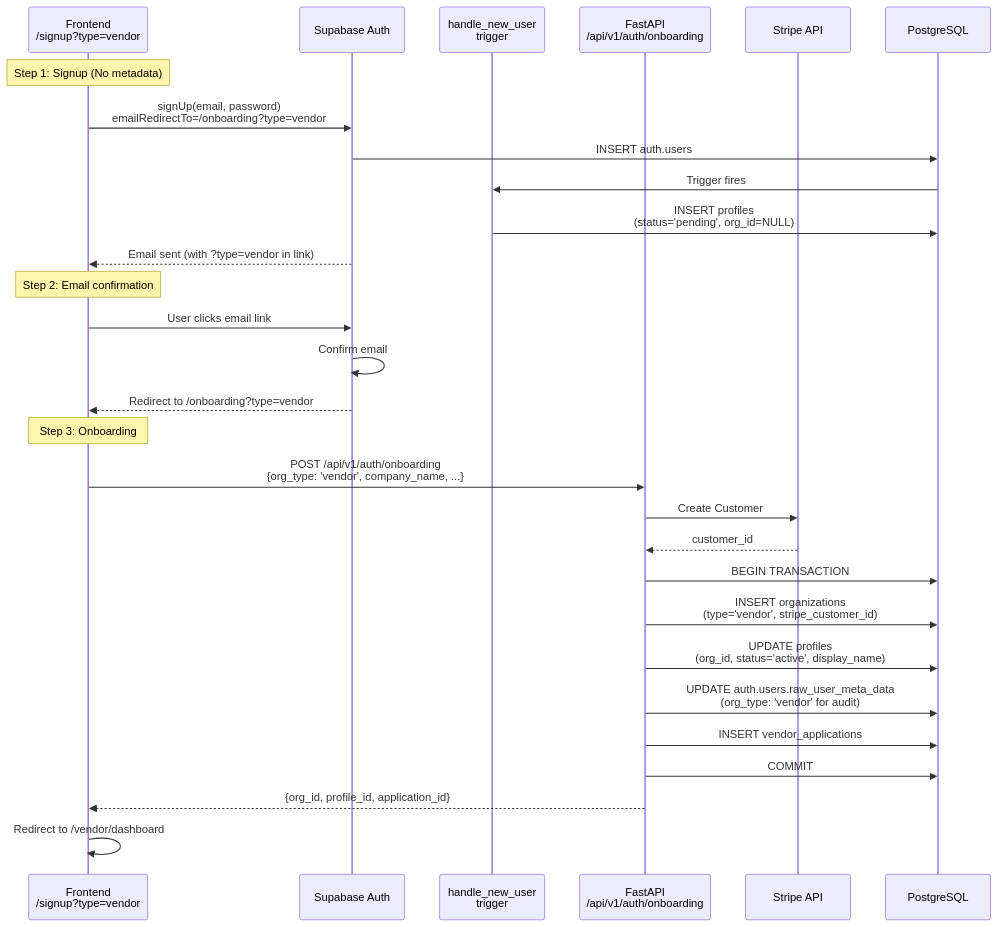
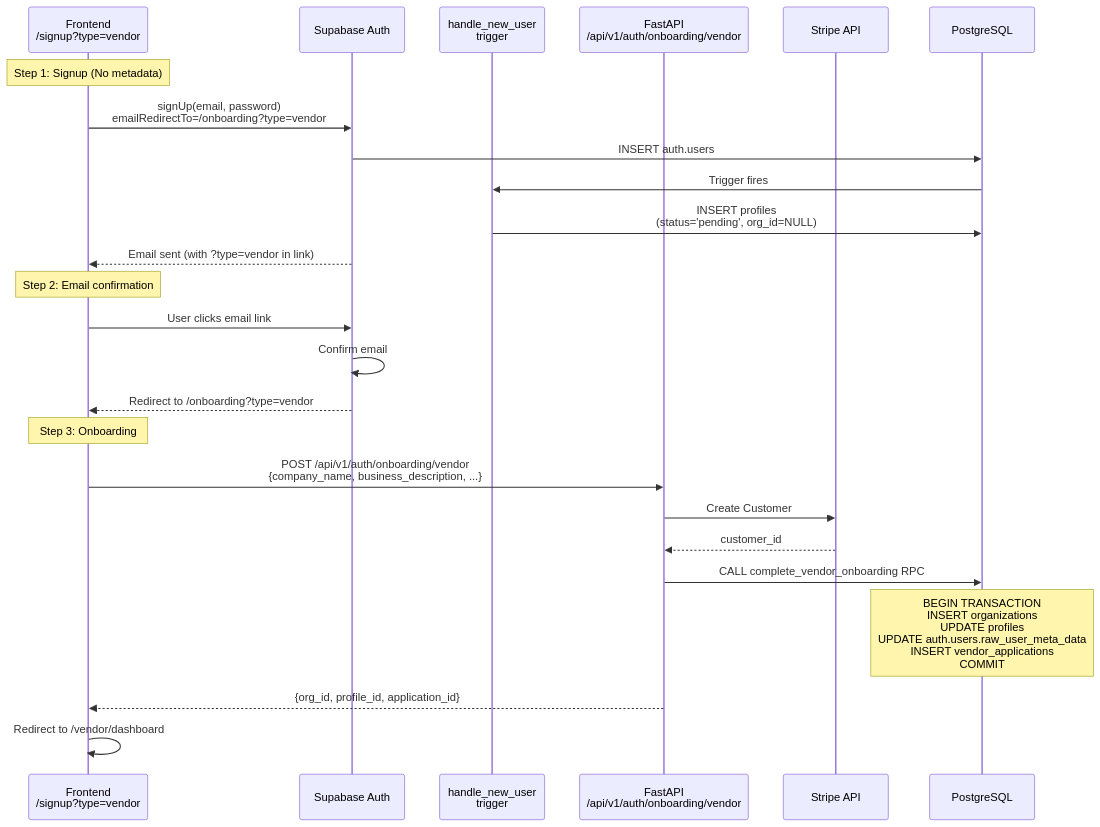
Before and after one commit to PhamDuBin/pep: the diagram in docs/tasks/01-02-backend-onboarding.md, drawn with Mermaid. The commit also changed other lines of this file and 1 other file, not shown here.

````diff
--- a/docs/tasks/01-02-backend-onboarding.md
+++ b/docs/tasks/01-02-backend-onboarding.md
@@ -27,36 +27,32 @@
 ```mermaid
 sequenceDiagram
     participant FE as Frontend<br/>/signup?type=vendor
     participant Auth as Supabase Auth
     participant Trigger as handle_new_user<br/>trigger
-    participant API as FastAPI<br/>/api/v1/auth/onboarding
+    participant API as FastAPI<br/>/api/v1/auth/onboarding/vendor
     participant Stripe as Stripe API
     participant DB as PostgreSQL
 
     Note over FE: Step 1: Signup (No metadata)
     FE->>Auth: signUp(email, password)<br/>emailRedirectTo=/onboarding?type=vendor
     Auth->>DB: INSERT auth.users
     DB->>Trigger: Trigger fires
     Trigger->>DB: INSERT profiles<br/>(status='pending', org_id=NULL)
     Auth-->>FE: Email sent (with ?type=vendor in link)
 
     Note over FE: Step 2: Email confirmation
     FE->>Auth: User clicks email link
     Auth->>Auth: Confirm email
     Auth-->>FE: Redirect to /onboarding?type=vendor
 
     Note over FE: Step 3: Onboarding
-    FE->>API: POST /api/v1/auth/onboarding<br/>{org_type: 'vendor', company_name, ...}
+    FE->>API: POST /api/v1/auth/onboarding/vendor<br/>{company_name, business_description, ...}
     API->>Stripe: Create Customer
     Stripe-->>API: customer_id
 
-    API->>DB: BEGIN TRANSACTION
-    API->>DB: INSERT organizations<br/>(type='vendor', stripe_customer_id)
-    API->>DB: UPDATE profiles<br/>(org_id, status='active', display_name)
-    API->>DB: UPDATE auth.users.raw_user_meta_data<br/>(org_type: 'vendor' for audit)
-    API->>DB: INSERT vendor_applications
-    API->>DB: COMMIT
+    API->>DB: CALL complete_vendor_onboarding RPC
+    Note over DB: BEGIN TRANSACTION<br/>INSERT organizations<br/>UPDATE profiles<br/>UPDATE auth.users.raw_user_meta_data<br/>INSERT vendor_applications<br/>COMMIT
 
     API-->>FE: {org_id, profile_id, application_id}
     FE->>FE: Redirect to /vendor/dashboard
 ```
````
